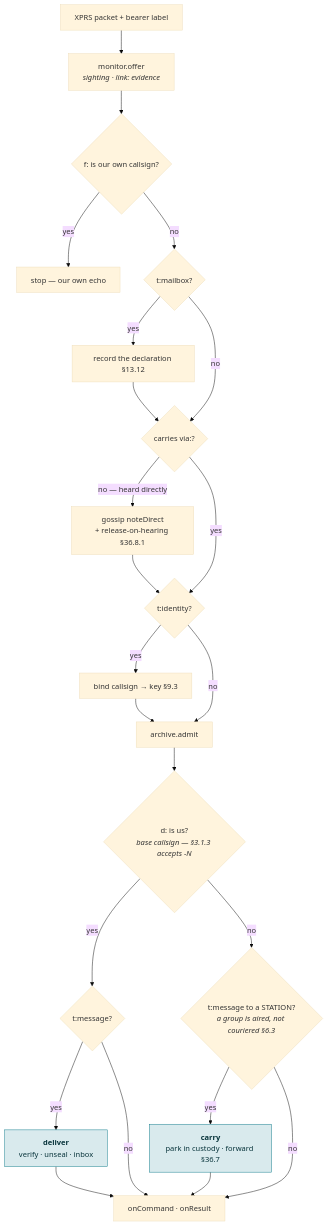
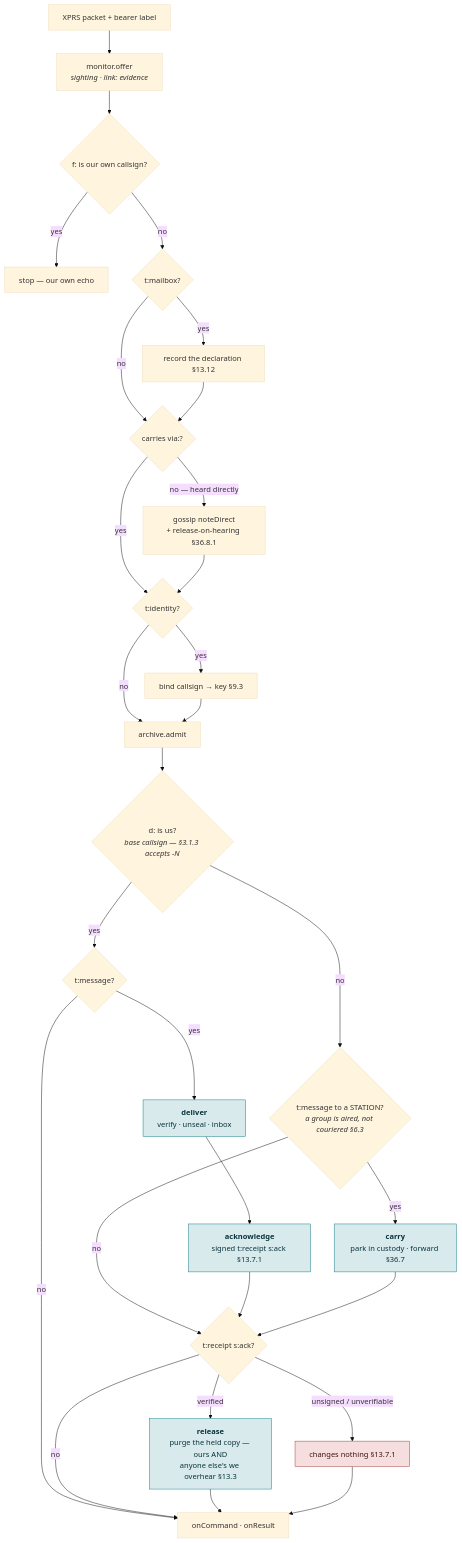
One commit to xprs-dev/app changed the fifth of 7 diagrams in docs/diagrams/transports-flow.md. Above: the diagram before and after it, drawn with Mermaid (base theme). The commit also changed other lines of this file and 4 other files, not shown here.

First line of the commit message:
Diagrams: the packet field by field, and the receipt branch

````diff
--- a/docs/diagrams/transports-flow.md
+++ b/docs/diagrams/transports-flow.md
@@ -181,30 +181,38 @@
 ```mermaid
 flowchart TD
     IN["XPRS packet + bearer label"] --> MON["monitor.offer<br/><i>sighting · link: evidence</i>"]
     MON --> ECHO{"f: is our own callsign?"}
     ECHO -- yes --> DROP["stop — our own echo"]
     ECHO -- no --> MBX{"t:mailbox?"}
     MBX -- yes --> REC["record the declaration §13.12"]
     MBX -- no --> VIA{"carries via:?"}
     REC --> VIA
     VIA -- "no — heard directly" --> GOS["gossip noteDirect<br/>+ release-on-hearing §36.8.1"]
     VIA -- yes --> IDT{"t:identity?"}
     GOS --> IDT
     IDT -- yes --> BIND["bind callsign → key §9.3"]
     IDT -- no --> ARCH["archive.admit"]
     BIND --> ARCH
     ARCH --> FORUS{"d: is us?<br/><i>base callsign — §3.1.3 accepts -N</i>"}
 
     FORUS -- yes --> ISMSG{"t:message?"}
     ISMSG -- yes --> DELIVER["<b>deliver</b><br/>verify · unseal · inbox"]
     ISMSG -- no --> CMD
 
     FORUS -- no --> CARRY{"t:message to a STATION?<br/><i>a group is aired, not couriered §6.3</i>"}
     CARRY -- yes --> PARK["<b>carry</b><br/>park in custody · forward §36.7"]
-    CARRY -- no --> CMD["onCommand · onResult"]
-    DELIVER --> CMD
-    PARK --> CMD
+    CARRY -- no --> RCPT
+    DELIVER --> ACK["<b>acknowledge</b><br/>signed t:receipt s:ack §13.7.1"]
+    ACK --> RCPT
+    PARK --> RCPT{"t:receipt s:ack?"}
+    RCPT -- verified --> REL["<b>release</b><br/>purge the held copy — ours AND<br/>anyone else's we overhear §13.3"]
+    RCPT -- "unsigned / unverifiable" --> NOOP["changes nothing §13.7.1"]
+    RCPT -- no --> CMD["onCommand · onResult"]
+    REL --> CMD
+    NOOP --> CMD
 
     classDef act fill:#D9EAED,stroke:#0F7B8A,color:#08343B
-    class DELIVER,PARK act
+    classDef bad fill:#F7DEDE,stroke:#A33A3A,color:#3F1414
+    class DELIVER,PARK,ACK,REL act
+    class NOOP bad
 ```
````
